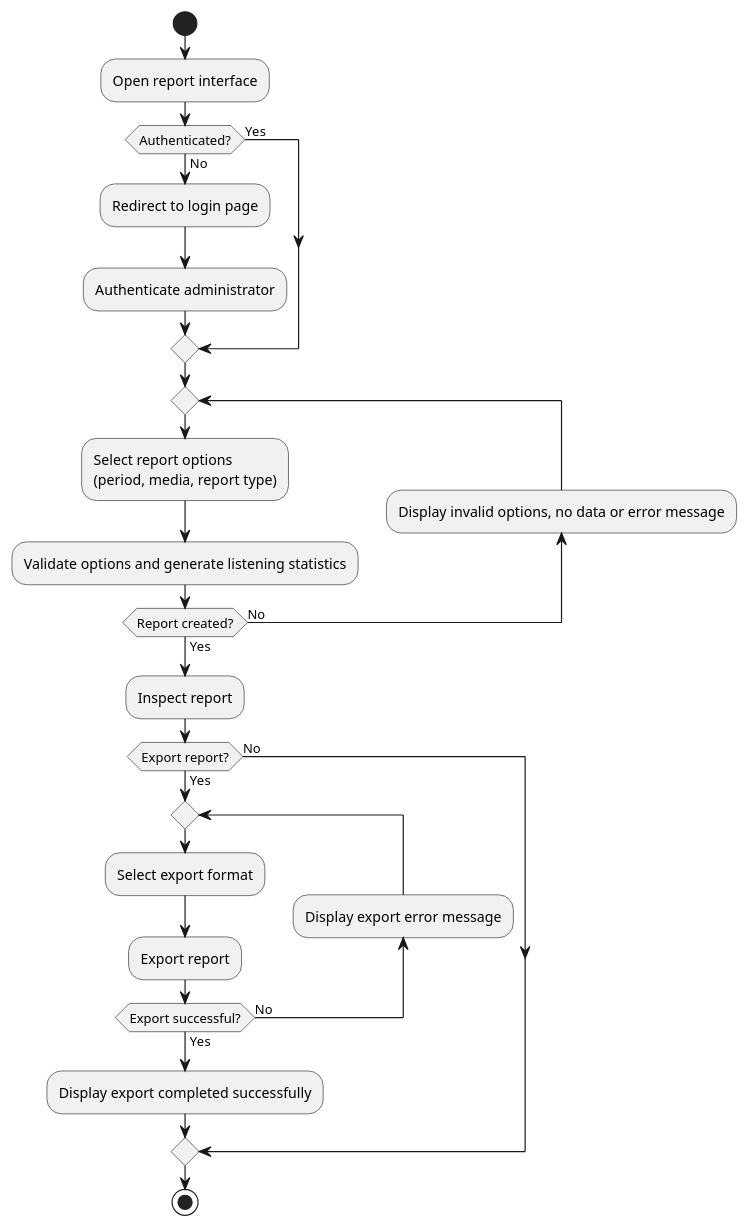
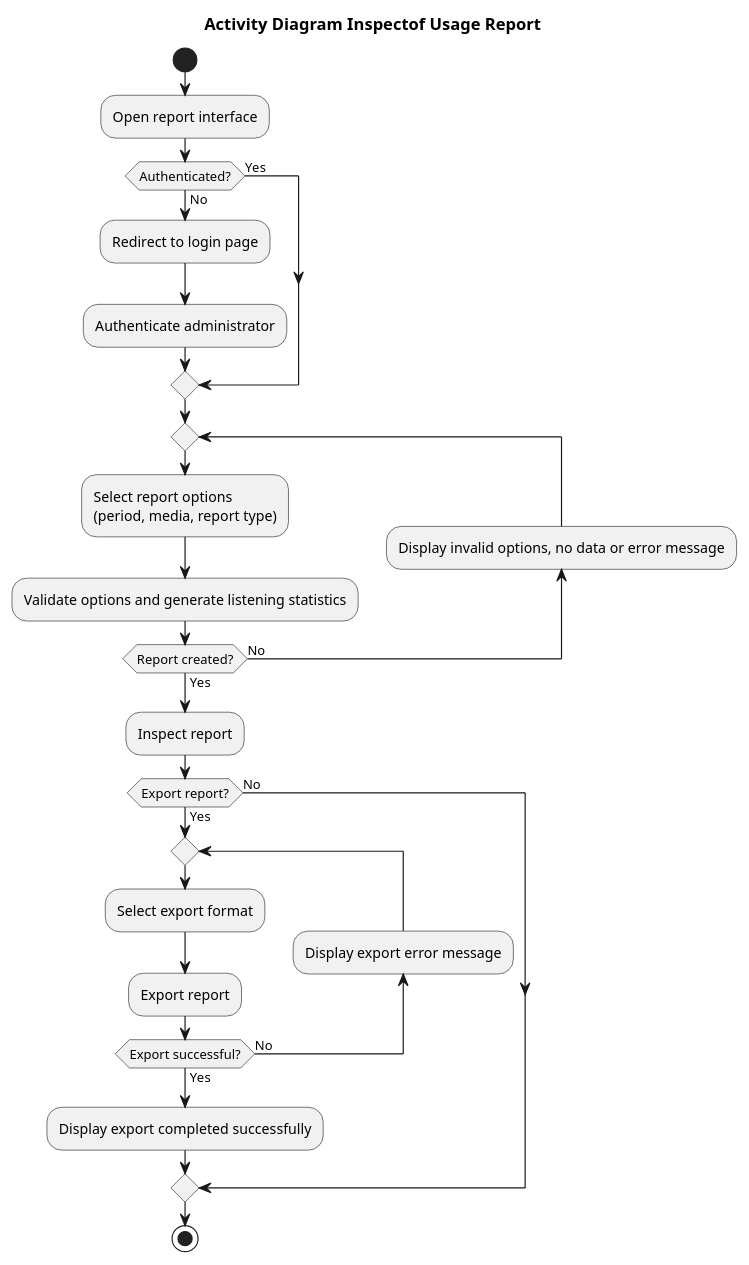
One commit to Dorfultariant/semm-diagrams changed the diagram in UsageReport/activity.puml. Above: the diagram before and after it, drawn with PlantUML. The commit also changed 11 other files, not shown here.

Commit message:
Add title usage report diagrams and podcasteventmanagement diagrams

```diff
--- a/UsageReport/activity.puml
+++ b/UsageReport/activity.puml
@@ -1,32 +1,34 @@
 @startuml ActivityUsageReport
+
+title Activity Diagram Inspectof Usage Report
 
 start
 :Open report interface;
 
 if (Authenticated?) then (No)
   :Redirect to login page;
   :Authenticate administrator;
 else (Yes)
 endif
 
 repeat
   :Select report options\n(period, media, report type);
   :Validate options and generate listening statistics;
   backward:Display invalid options, no data or error message;
 repeat while (Report created?) is (No) not (Yes)
 
 :Inspect report;
 
 if (Export report?) then (Yes)
   repeat
     :Select export format;
     :Export report;
     backward:Display export error message;
   repeat while (Export successful?) is (No) not (Yes)
   :Display export completed successfully;
 else (No)
 endif
 
 stop
 
 @enduml
```
